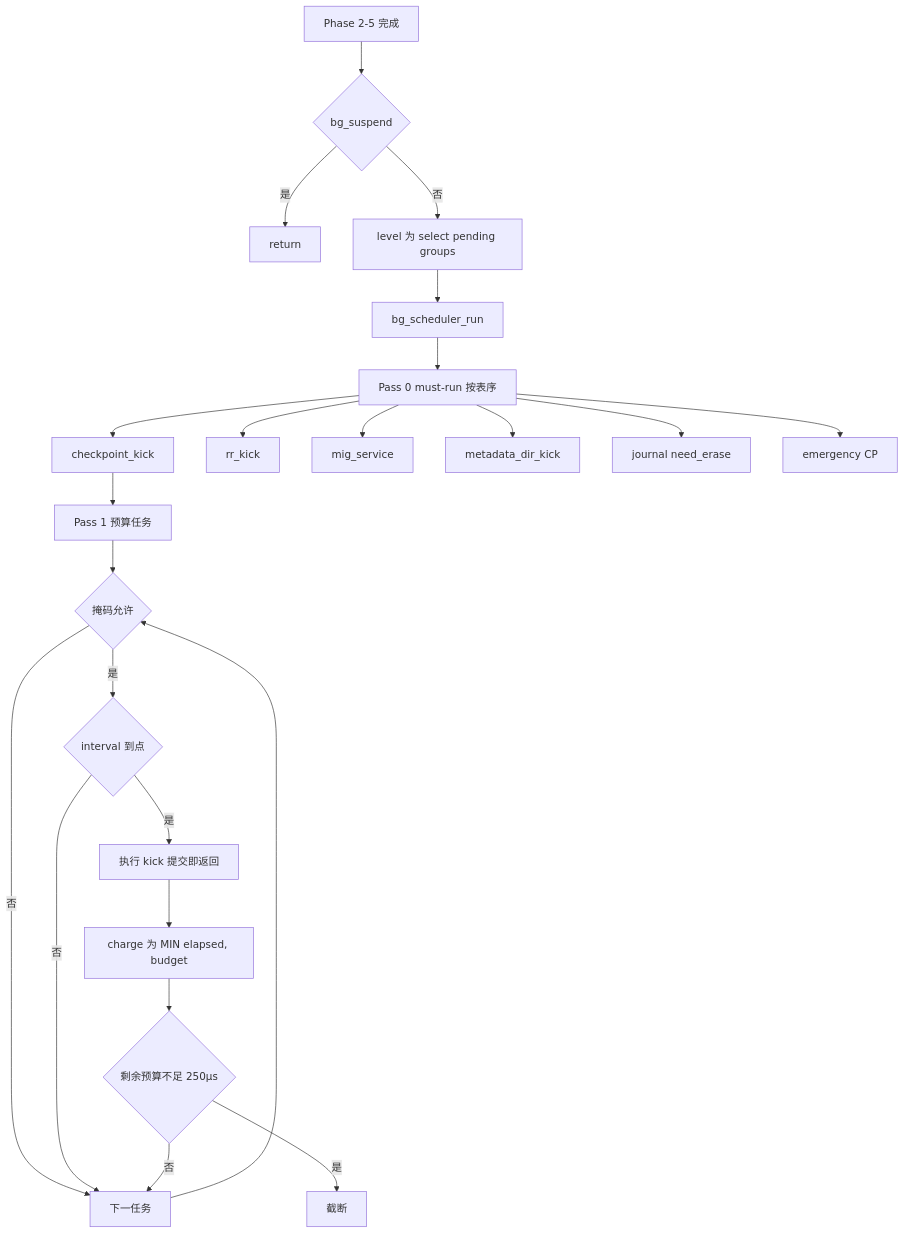
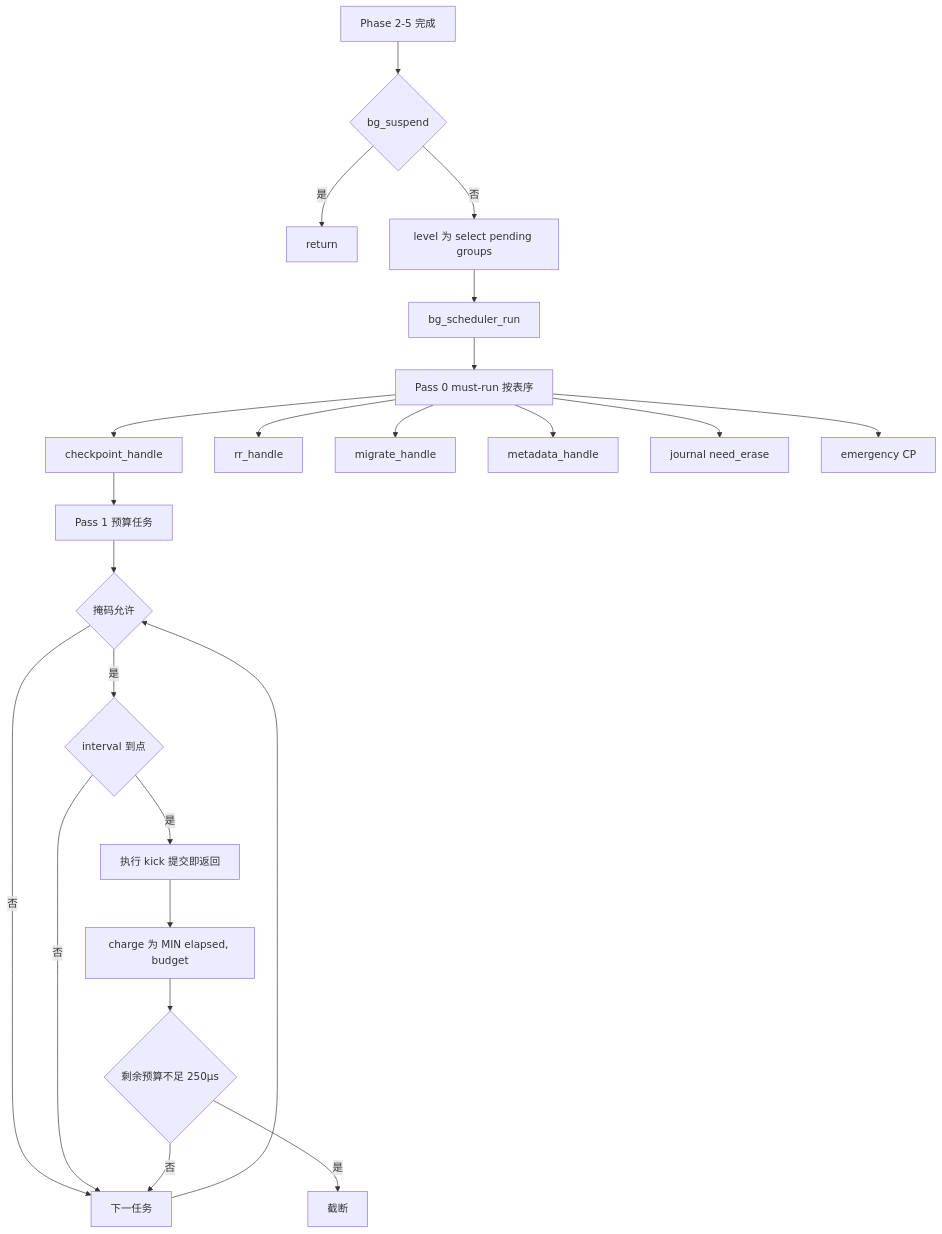
Before and after one commit to YzYMIAO/BASESSD: diagram 31 of 32 in docs/design/ftl_design.md, drawn with Mermaid. The commit also changed other lines of this file and 46 other files, not shown here.

````diff
--- a/docs/design/ftl_design.md
+++ b/docs/design/ftl_design.md
@@ -3782,25 +3779,25 @@
 ```mermaid
 flowchart TD
     A["Phase 2-5 完成"] --> B{"bg_suspend"}
     B -- "是" --> Z["return"]
     B -- "否" --> C["level 为 select pending groups"]
     C --> D["bg_scheduler_run"]
     D --> E["Pass 0 must-run 按表序"]
-    E --> E1["checkpoint_kick"]
-    E --> E2["rr_kick"]
-    E --> E3["mig_service"]
-    E --> E4["metadata_dir_kick"]
+    E --> E1["checkpoint_handle"]
+    E --> E2["rr_handle"]
+    E --> E3["migrate_handle"]
+    E --> E4["metadata_handle"]
     E --> E5["journal need_erase"]
     E --> E6["emergency CP"]
     E1 --> F["Pass 1 预算任务"]
     F --> F1{"掩码允许"}
     F1 -- "否" --> G["下一任务"]
     F1 -- "是" --> F2{"interval 到点"}
     F2 -- "否" --> G
     F2 -- "是" --> F3["执行 kick 提交即返回"]
     F3 --> F4["charge 为 MIN elapsed, budget"]
     F4 --> F5{"剩余预算不足 250µs"}
     F5 -- "是" --> H["截断"]
     F5 -- "否" --> G
     G --> F1
 ```
````
